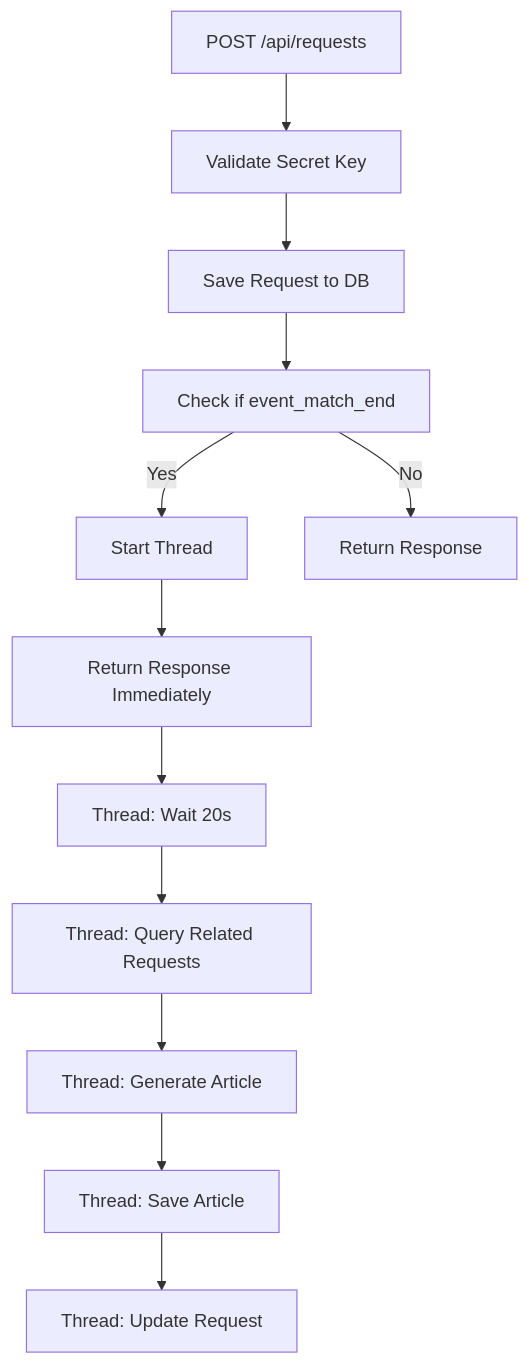
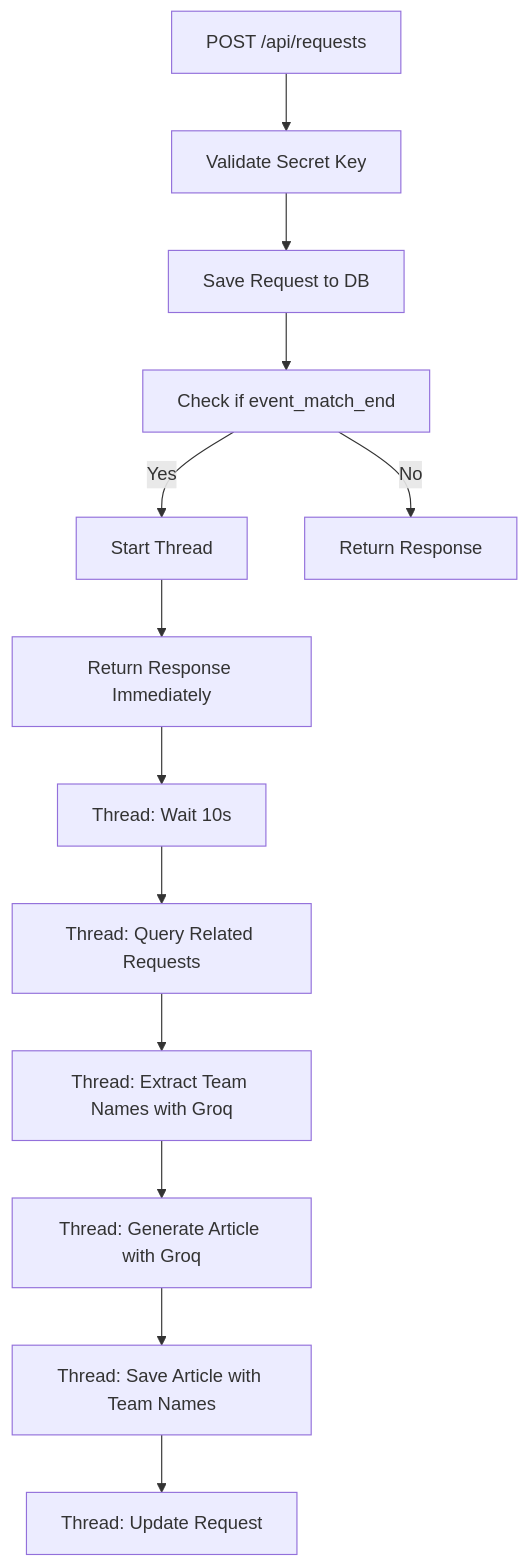
Before and after one commit to tuananhhust05/admin_manage_crawl: the diagram in ASYNC_ARTICLE_GENERATION.md, drawn with Mermaid. The commit also changed other lines of this file and 2 other files, not shown here.

````diff
--- a/ASYNC_ARTICLE_GENERATION.md
+++ b/ASYNC_ARTICLE_GENERATION.md
@@ -125,14 +130,15 @@
 ```mermaid
 graph TD
     A[POST /api/requests] --> B[Validate Secret Key]
     B --> C[Save Request to DB]
     C --> D[Check if event_match_end]
     D -->|Yes| E[Start Thread]
     D -->|No| F[Return Response]
     E --> G[Return Response Immediately]
-    G --> H[Thread: Wait 20s]
+    G --> H[Thread: Wait 10s]
     H --> I[Thread: Query Related Requests]
-    I --> J[Thread: Generate Article]
-    J --> K[Thread: Save Article]
-    K --> L[Thread: Update Request]
+    I --> J[Thread: Extract Team Names with Groq]
+    J --> K[Thread: Generate Article with Groq]
+    K --> L[Thread: Save Article with Team Names]
+    L --> M[Thread: Update Request]
 ```
````
